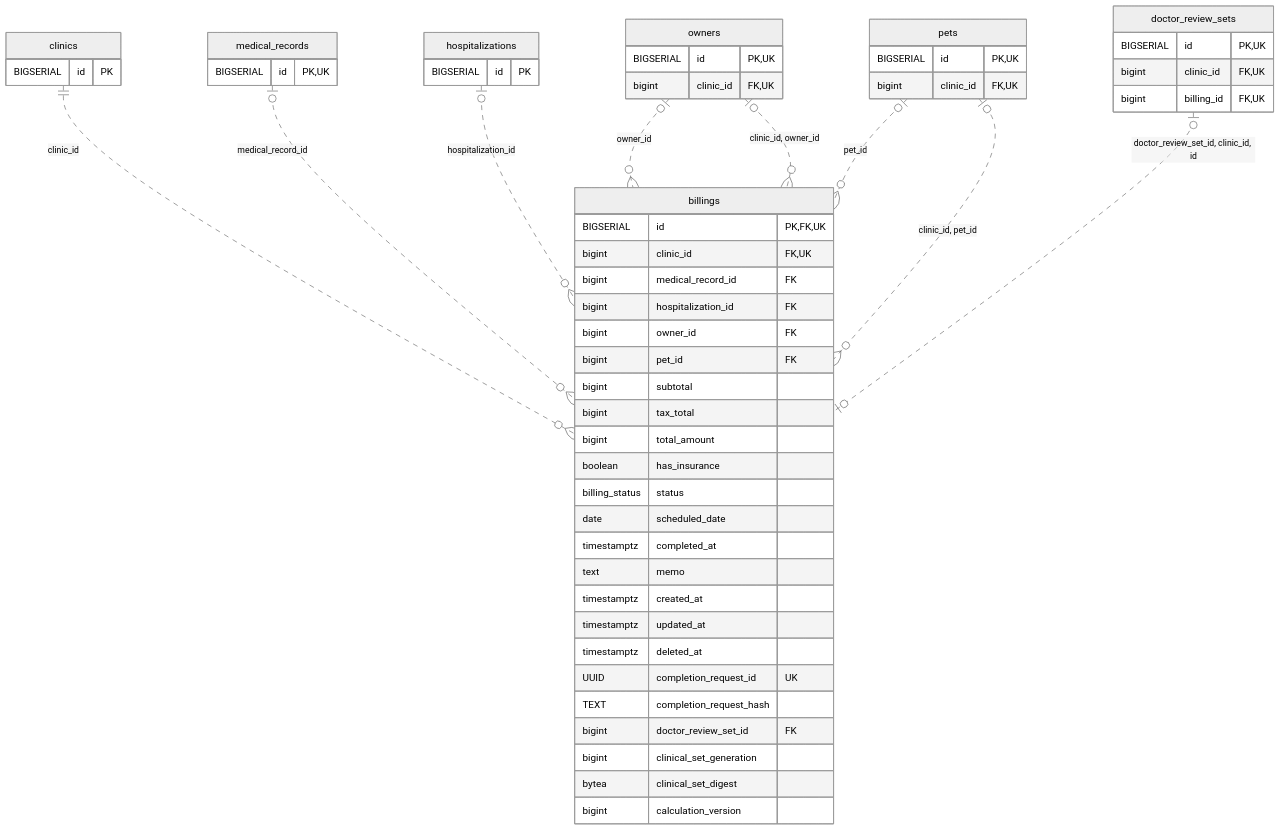
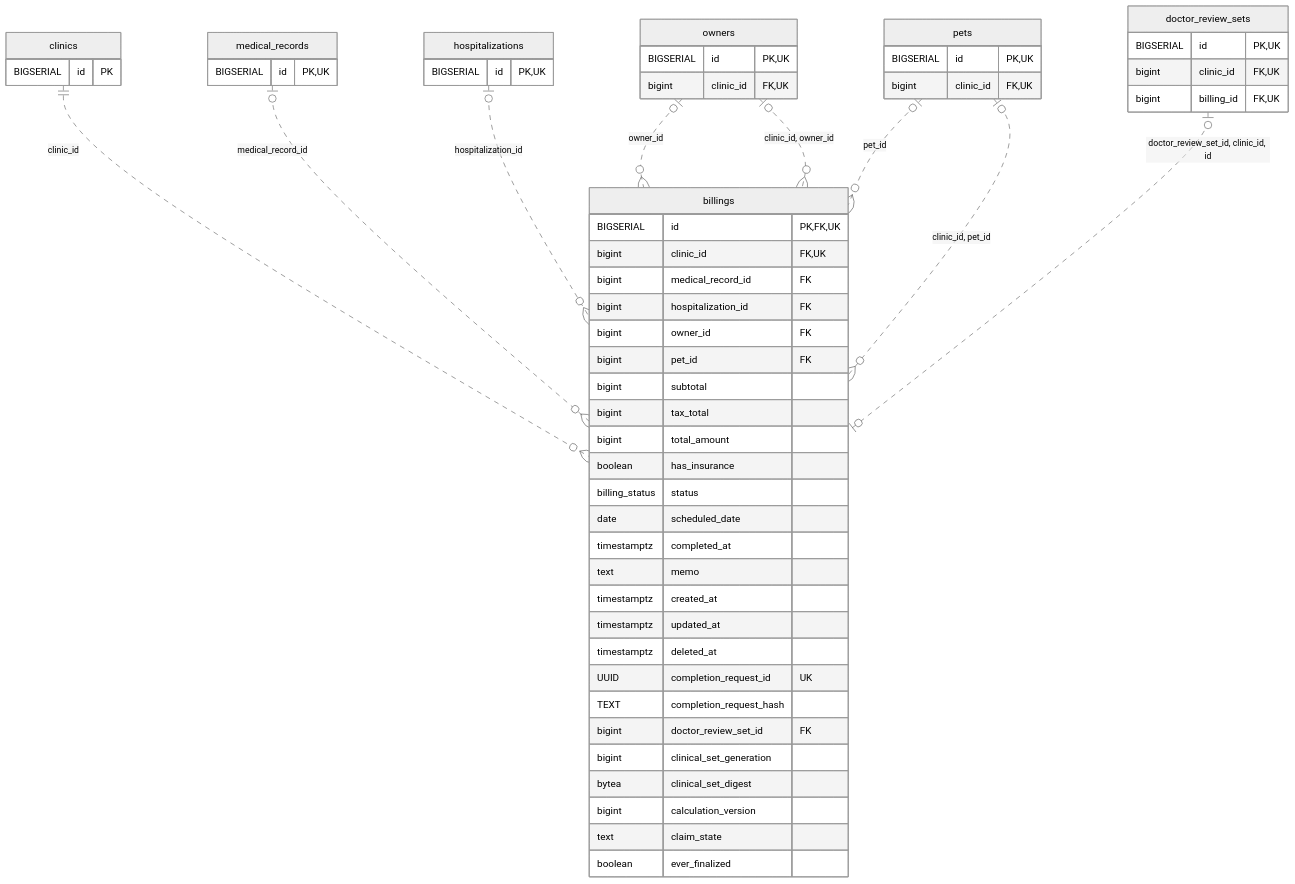
Before and after one commit to MinoruSoga/AnimalEkarte: the diagram in docs/architecture/erd-detail/billings.md, drawn with Mermaid (neutral theme). The commit also changed other lines of this file and 131 other files, not shown here.

````diff
--- a/docs/architecture/erd-detail/billings.md
+++ b/docs/architecture/erd-detail/billings.md
@@ -46,58 +48,60 @@
 ```mermaid
 erDiagram
     billings {
         BIGSERIAL id PK,FK,UK
         bigint clinic_id FK,UK
         bigint medical_record_id FK
         bigint hospitalization_id FK
         bigint owner_id FK
         bigint pet_id FK
         bigint subtotal
         bigint tax_total
         bigint total_amount
         boolean has_insurance
         billing_status status
         date scheduled_date
         timestamptz completed_at
         text memo
         timestamptz created_at
         timestamptz updated_at
         timestamptz deleted_at
         UUID completion_request_id UK
         TEXT completion_request_hash
         bigint doctor_review_set_id FK
         bigint clinical_set_generation
         bytea clinical_set_digest
         bigint calculation_version
+        text claim_state
+        boolean ever_finalized
     }
     clinics {
         BIGSERIAL id PK
     }
     doctor_review_sets {
         BIGSERIAL id PK,UK
         bigint clinic_id FK,UK
         bigint billing_id FK,UK
     }
     hospitalizations {
-        BIGSERIAL id PK
+        BIGSERIAL id PK,UK
     }
     medical_records {
         BIGSERIAL id PK,UK
     }
     owners {
         BIGSERIAL id PK,UK
         bigint clinic_id FK,UK
     }
     pets {
         BIGSERIAL id PK,UK
         bigint clinic_id FK,UK
     }
     clinics ||..o{ billings : "clinic_id"
     medical_records o|..o{ billings : "medical_record_id"
     hospitalizations o|..o{ billings : "hospitalization_id"
     owners o|..o{ billings : "owner_id"
     pets o|..o{ billings : "pet_id"
     pets o|..o{ billings : "clinic_id, pet_id"
     owners o|..o{ billings : "clinic_id, owner_id"
     doctor_review_sets o|..o| billings : "doctor_review_set_id, clinic_id, id"
 ```
````
